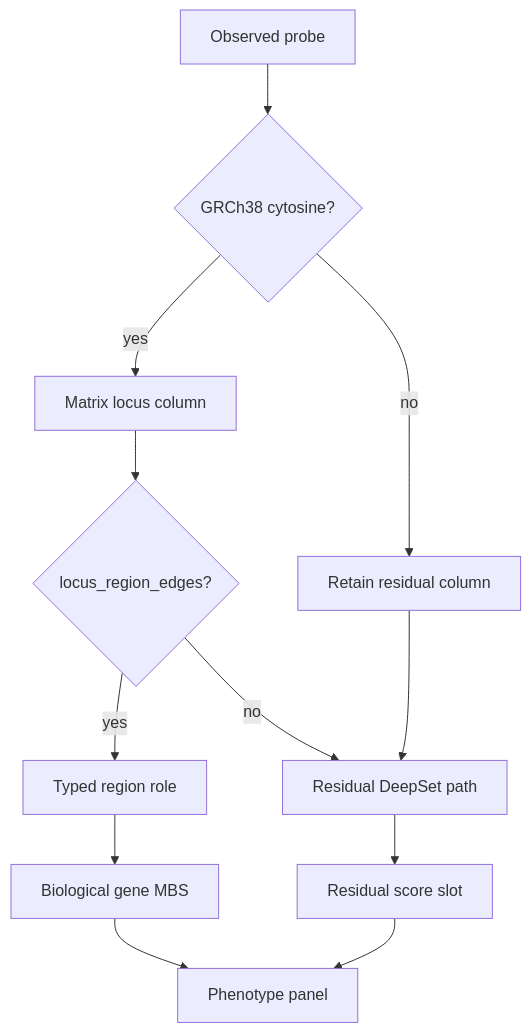
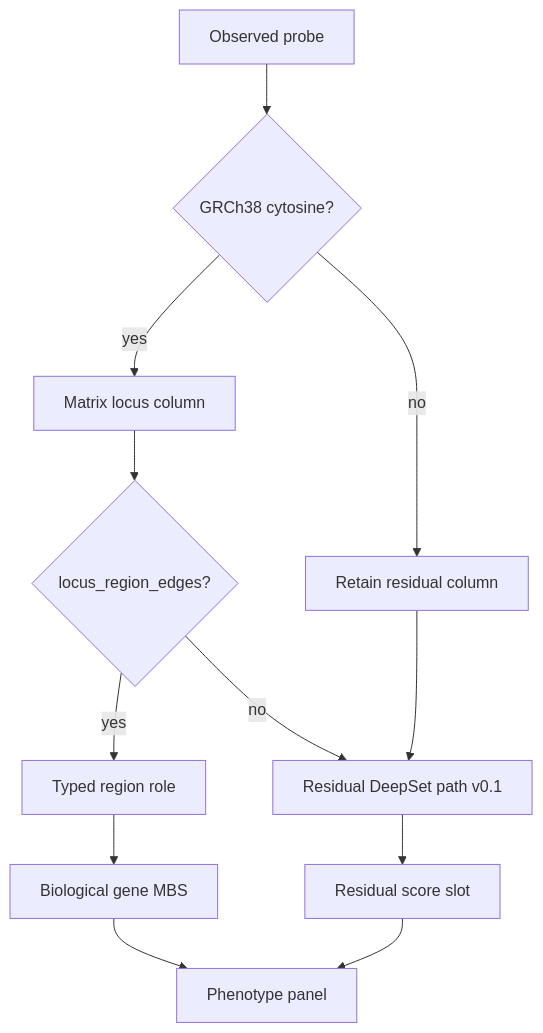
The third of 5 diagrams in docs/SCORING_PIPELINE.md (mityasmirnov/methyl-burden-score), drawn with Mermaid before and after one commit. The commit also changed other lines of this file and 20 other files, not shown here.

````diff
--- a/docs/SCORING_PIPELINE.md
+++ b/docs/SCORING_PIPELINE.md
@@ -94,14 +99,14 @@
 ```mermaid
 flowchart TD
   Probe["Observed probe"] --> Illumina{"GRCh38 cytosine?"}
   Illumina -->|no| ResidualCol["Retain residual column"]
   Illumina -->|yes| Locus["Matrix locus column"]
   Locus --> Edge{"locus_region_edges?"}
   Edge -->|yes| Typed["Typed region role"]
   Typed --> Gene["Biological gene MBS"]
-  Edge -->|no| ResidualPath["Residual DeepSet path"]
+  Edge -->|no| ResidualPath["Residual DeepSet path v0.1"]
   ResidualCol --> ResidualPath
   ResidualPath --> ResSlot["Residual score slot"]
   Gene --> Panel["Phenotype panel"]
   ResSlot --> Panel
 ```
````
